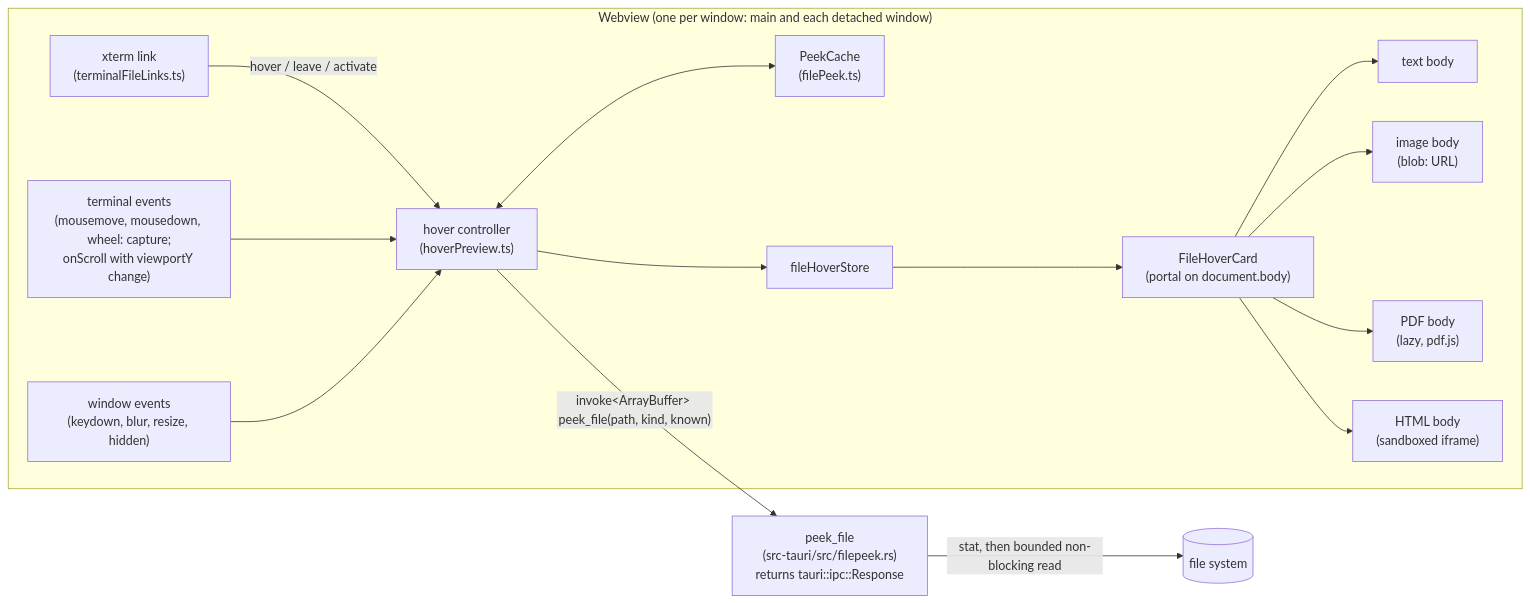
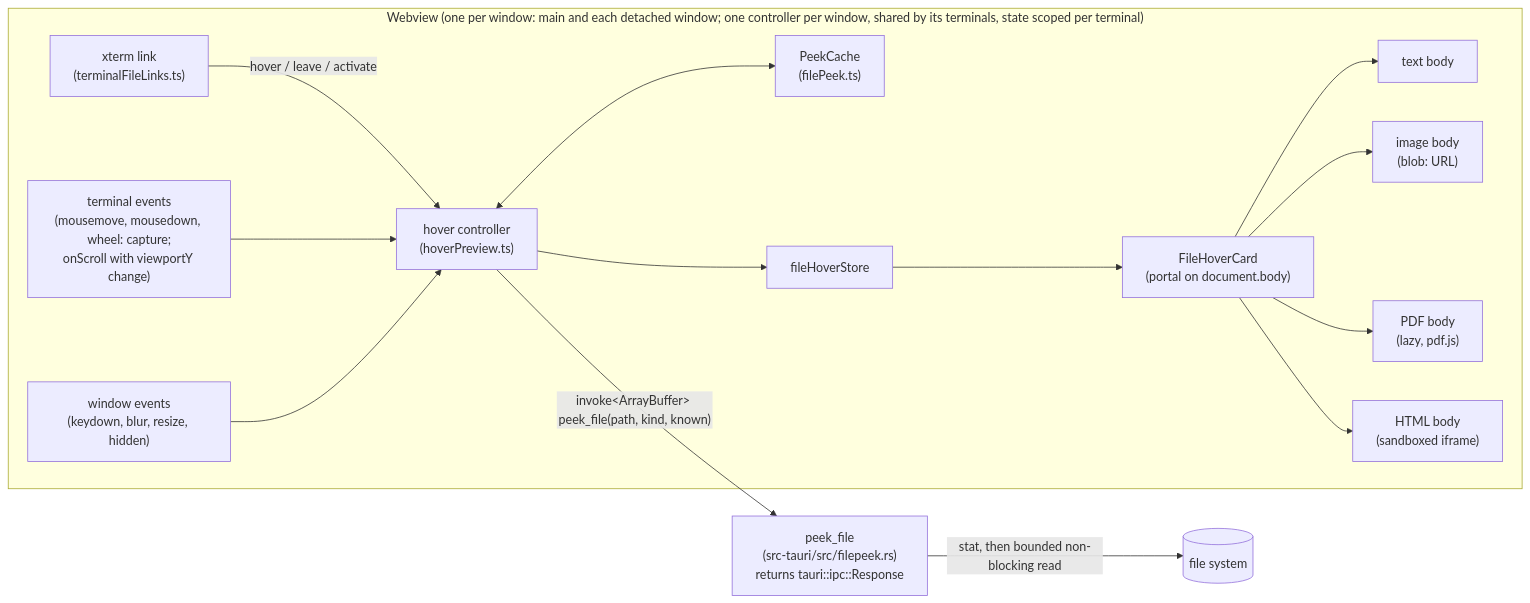
Before and after one commit to alvin-reyes/better-agentic-ide: the first of 2 diagrams in _bmad-output/plan-file-hover-preview.md, drawn with Mermaid. The commit also changed other lines of this file, not shown here.

First line of the commit message:
Hover preview plan: scope the hover controller's state per terminal

````diff
--- a/_bmad-output/plan-file-hover-preview.md
+++ b/_bmad-output/plan-file-hover-preview.md
@@ -95,14 +95,14 @@
 ```mermaid
 flowchart LR
-  subgraph Webview["Webview (one per window: main and each detached window)"]
+  subgraph Webview["Webview (one per window: main and each detached window; one controller per window, shared by its terminals, state scoped per terminal)"]
     XT["xterm link<br/>(terminalFileLinks.ts)"] -- "hover / leave / activate" --> HC["hover controller<br/>(hoverPreview.ts)"]
     TD["terminal events<br/>(mousemove, mousedown, wheel: capture;<br/>onScroll with viewportY change)"] --> HC
     WD["window events<br/>(keydown, blur, resize, hidden)"] --> HC
     HC <--> PC["PeekCache<br/>(filePeek.ts)"]
     HC --> ST["fileHoverStore"]
     ST --> CARD["FileHoverCard<br/>(portal on document.body)"]
     CARD --> B1["text body"] & B2["image body<br/>(blob: URL)"] & B3["PDF body<br/>(lazy, pdf.js)"] & B4["HTML body<br/>(sandboxed iframe)"]
   end
   HC -- "invoke&lt;ArrayBuffer&gt; peek_file(path, kind, known)" --> PF["peek_file<br/>(src-tauri/src/filepeek.rs)<br/>returns tauri::ipc::Response"]
   PF -- "stat, then bounded non-blocking read" --> FS[("file system")]
 ```
````
